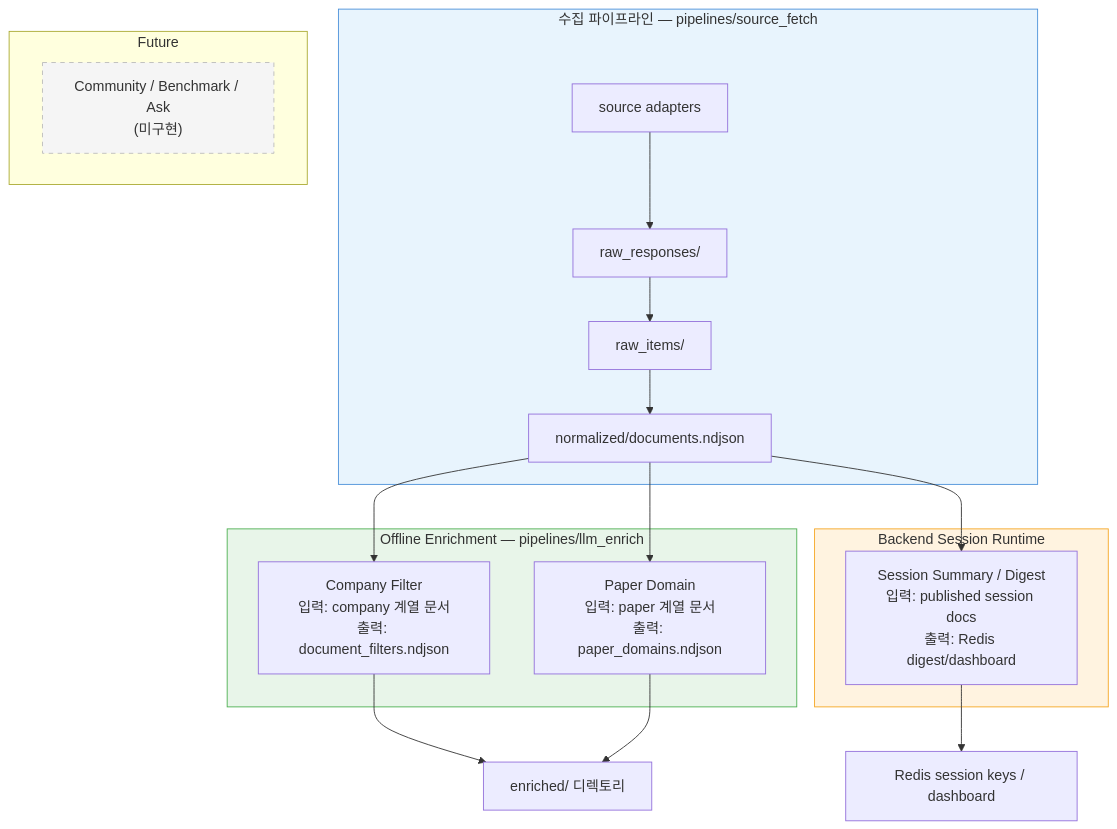
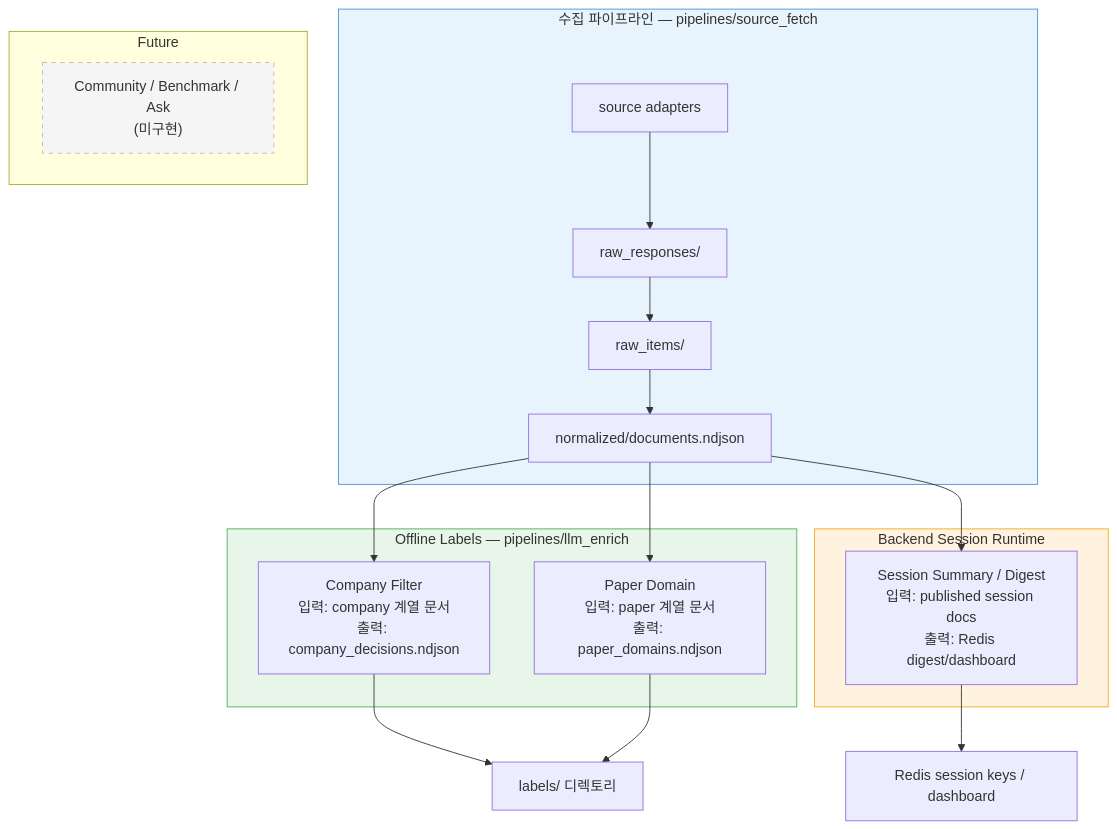
One commit to sparkorbit/sparkorbit changed the first of 3 diagrams in docs/04_llm_usage.md. Above: the diagram before and after it, drawn with Mermaid. The commit also changed other lines of this file and 13 other files, not shown here.

First line of the commit message:
Rename enriched/ to labels/ and update output filenames

````diff
--- a/docs/04_llm_usage.md
+++ b/docs/04_llm_usage.md
@@ -62,32 +62,32 @@
 ```mermaid
 flowchart TD
     subgraph Collection["수집 파이프라인 — pipelines/source_fetch"]
         A["source adapters"] --> B["raw_responses/"] --> C["raw_items/"] --> D["normalized/documents.ndjson"]
     end
 
     D --> E1
     D --> E2
     D --> E3
 
-    subgraph Enrichment["Offline Enrichment — pipelines/llm_enrich"]
-        E1["Company Filter\n입력: company 계열 문서\n출력: document_filters.ndjson"]
+    subgraph Enrichment["Offline Labels — pipelines/llm_enrich"]
+        E1["Company Filter\n입력: company 계열 문서\n출력: company_decisions.ndjson"]
         E2["Paper Domain\n입력: paper 계열 문서\n출력: paper_domains.ndjson"]
     end
 
     subgraph Runtime["Backend Session Runtime"]
         E3["Session Summary / Digest\n입력: published session docs\n출력: Redis digest/dashboard"]
     end
 
     subgraph Future["Future"]
         E4["Community / Benchmark / Ask\n(미구현)"]
     end
 
-    E1 --> F["enriched/ 디렉토리"]
+    E1 --> F["labels/ 디렉토리"]
     E2 --> F
     E3 --> G["Redis session keys / dashboard"]
 
     style Collection fill:#e8f4fd,stroke:#4a90d9
     style Enrichment fill:#e8f5e9,stroke:#4caf50
     style Runtime fill:#fff3e0,stroke:#f5a623
     style E4 fill:#f5f5f5,stroke:#bbb,stroke-dasharray: 5 5
 ```
````
